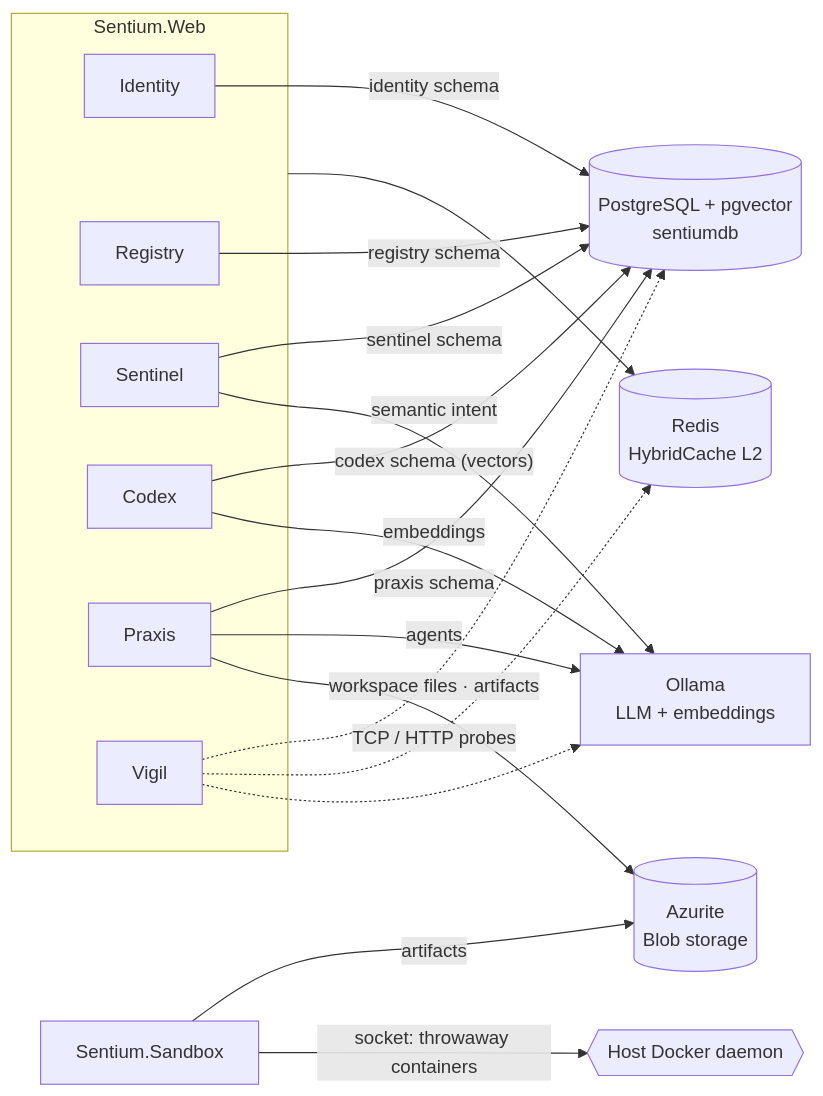
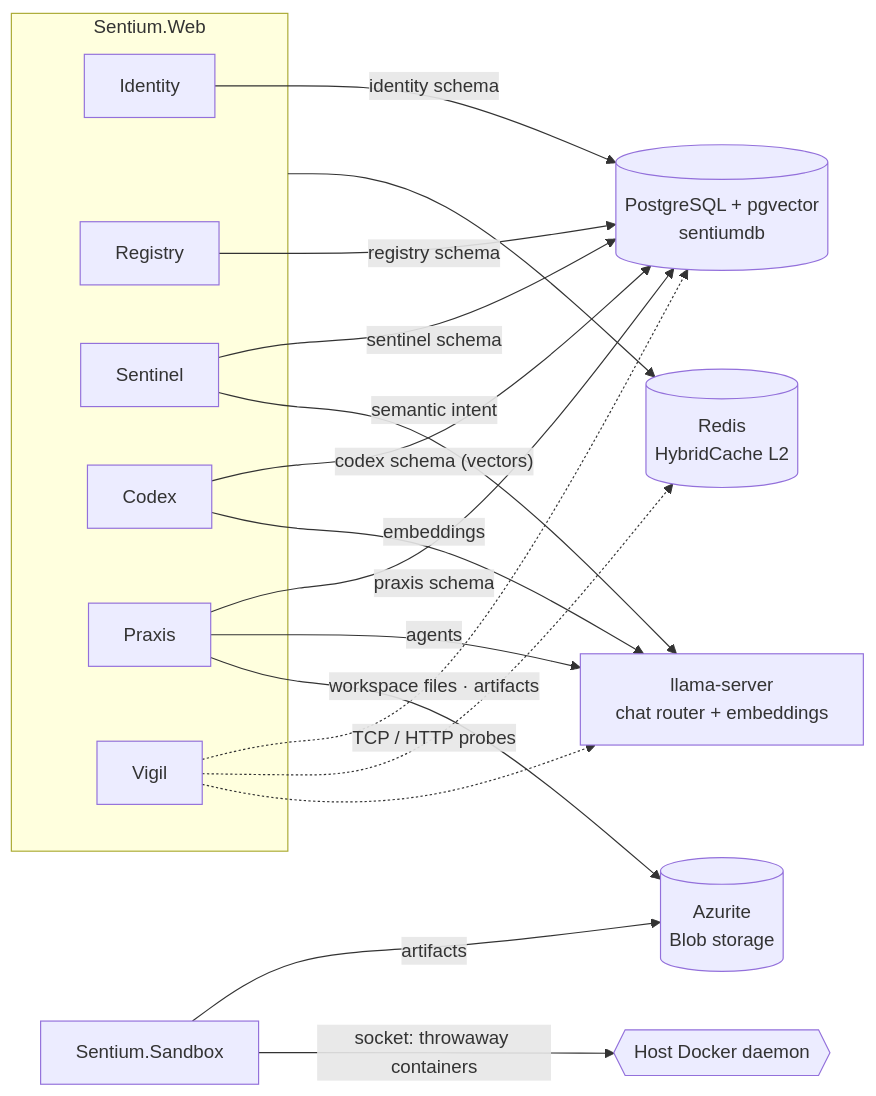
One commit to mihailshterev/sentium changed the diagram in docs/diagrams/structure-b-component-infrastructure.md. Above: the diagram before and after it, drawn with Mermaid. The commit also changed 108 other files, not shown here.

````diff
--- a/docs/diagrams/structure-b-component-infrastructure.md
+++ b/docs/diagrams/structure-b-component-infrastructure.md
@@ -1,39 +1,39 @@
 ```mermaid
 flowchart LR
     subgraph WEB["Sentium.Web"]
         ID["Identity"]
         REG["Registry"]
         SEN["Sentinel"]
         CDX["Codex"]
         PRX["Praxis"]
         VIG["Vigil"]
     end
 
     SBX["Sentium.Sandbox"]
 
     PG[("PostgreSQL + pgvector<br/>sentiumdb")]
     REDIS[("Redis<br/>HybridCache L2")]
-    OLL["Ollama<br/>LLM + embeddings"]
+    OLL["llama-server<br/>chat router + embeddings"]
     BLOB[("Azurite<br/>Blob storage")]
     DOCKER{{"Host Docker daemon"}}
 
     ID -->|"identity schema"| PG
     REG -->|"registry schema"| PG
     SEN -->|"sentinel schema"| PG
     CDX -->|"codex schema (vectors)"| PG
     PRX -->|"praxis schema"| PG
 
     WEB --> REDIS
 
     PRX -->|"agents"| OLL
     CDX -->|"embeddings"| OLL
     SEN -->|"semantic intent"| OLL
     PRX -->|"workspace files · artifacts"| BLOB
 
     SBX -->|"artifacts"| BLOB
     SBX -->|"socket: throwaway containers"| DOCKER
 
     VIG -.->|"TCP / HTTP probes"| PG
     VIG -.-> REDIS
     VIG -.-> OLL
 ```
````
